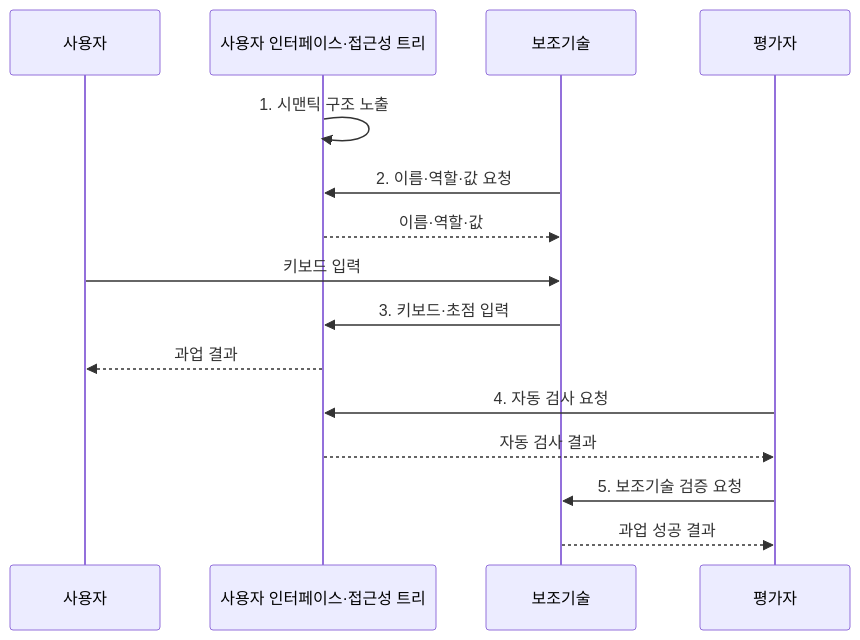
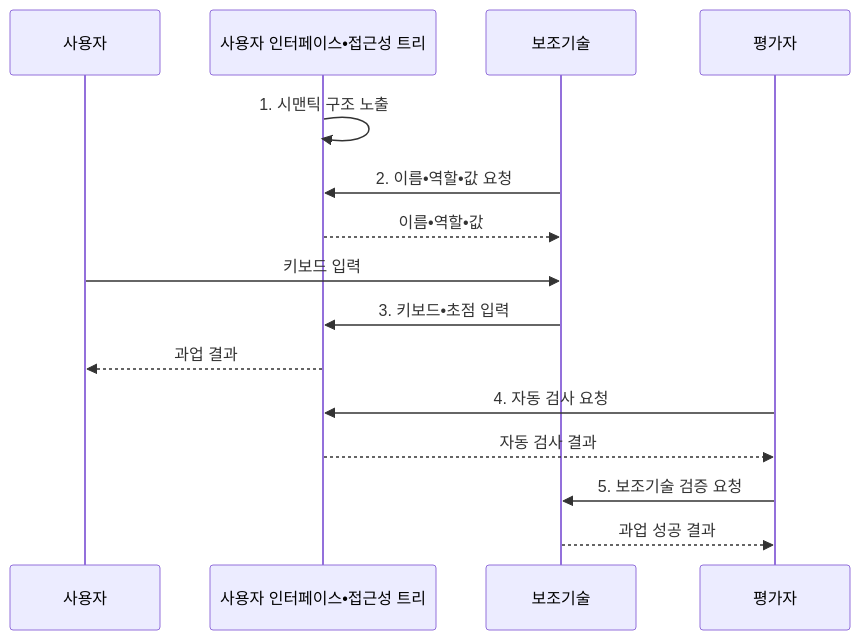
The second of 2 diagrams in src/content/docs/notes/03-software/194_digital_accessibility_wcag.md (agnusdei1207/knowledge-base), drawn with Mermaid before and after one commit. The commit also changed other lines of this file and 953 other files, not shown here.

````diff
--- a/src/content/docs/notes/03-software/194_digital_accessibility_wcag.md
+++ b/src/content/docs/notes/03-software/194_digital_accessibility_wcag.md
@@ -104,17 +104,17 @@
 ```mermaid
 sequenceDiagram
     participant P as 사용자
-    participant U as 사용자 인터페이스·접근성 트리
+    participant U as 사용자 인터페이스•접근성 트리
     participant T as 보조기술
     participant V as 평가자
     U->>U: 1. 시맨틱 구조 노출
-    T->>U: 2. 이름·역할·값 요청
-    U-->>T: 이름·역할·값
+    T->>U: 2. 이름•역할•값 요청
+    U-->>T: 이름•역할•값
     P->>T: 키보드 입력
-    T->>U: 3. 키보드·초점 입력
+    T->>U: 3. 키보드•초점 입력
     U-->>P: 과업 결과
     V->>U: 4. 자동 검사 요청
     U-->>V: 자동 검사 결과
     V->>T: 5. 보조기술 검증 요청
     T-->>V: 과업 성공 결과
 ```
````
